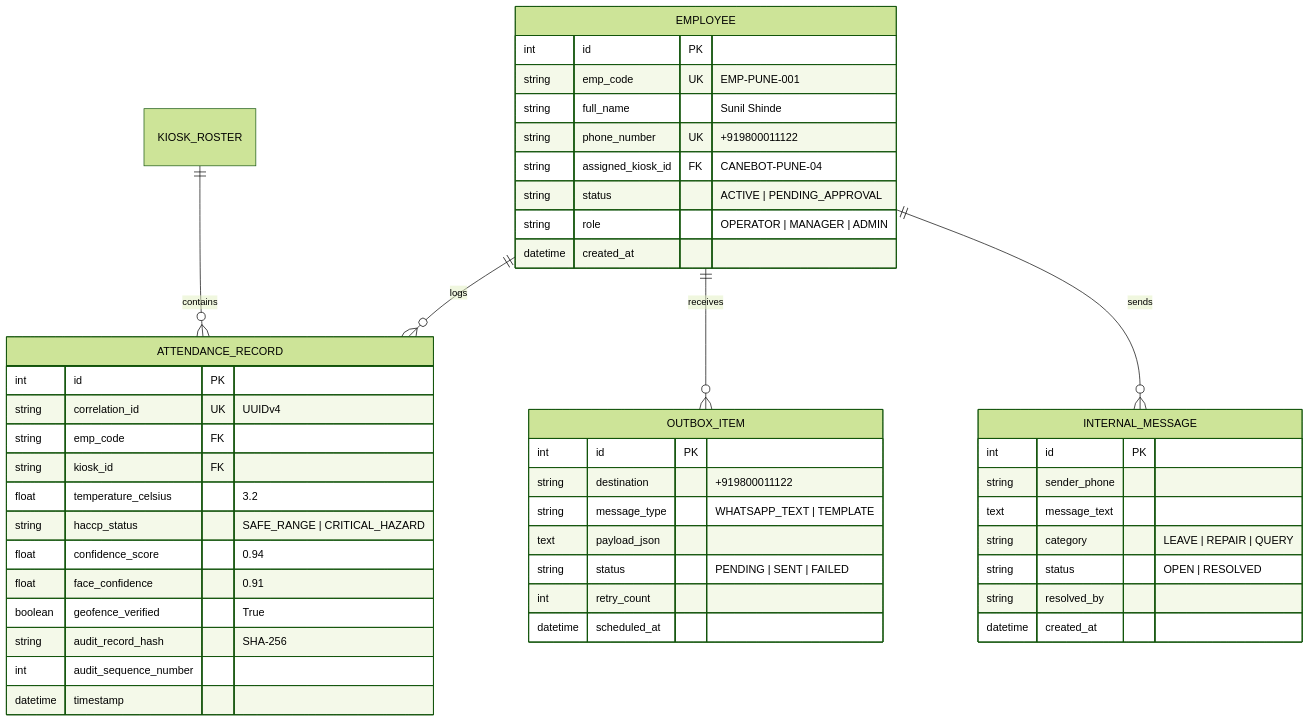
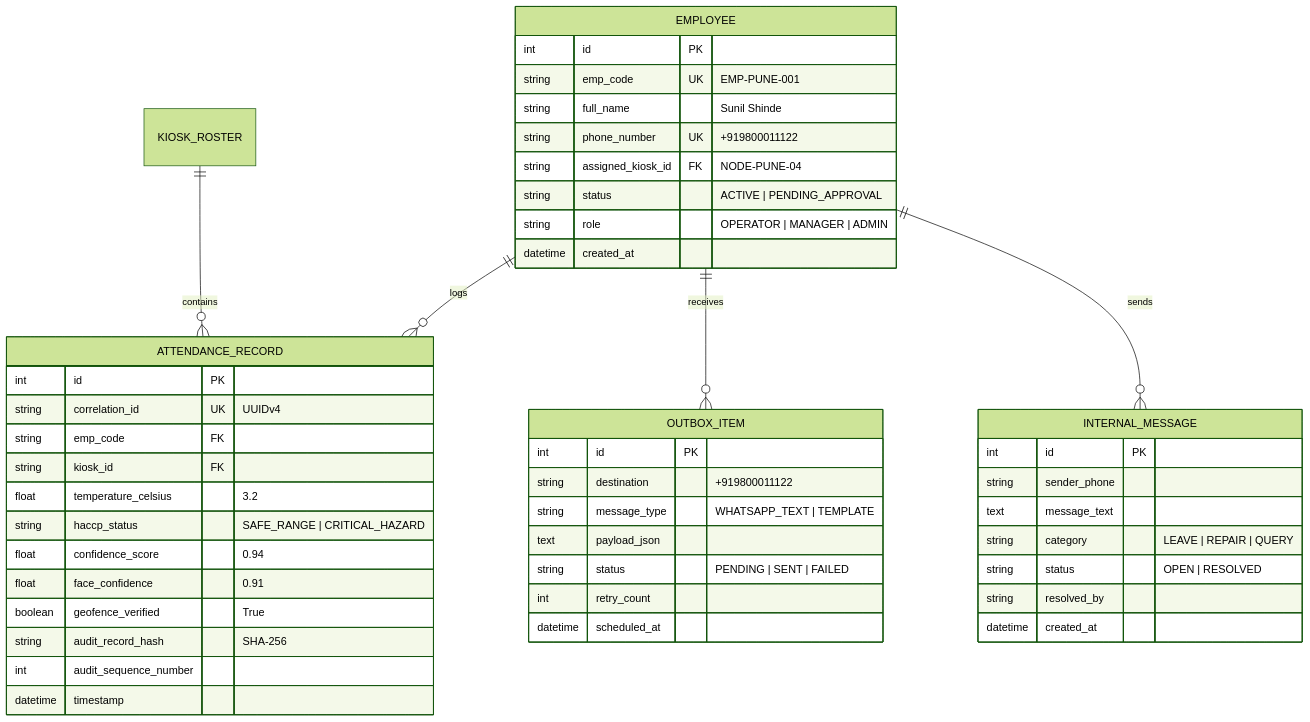
Before and after one commit to meetmahendra/Release100: the sixth of 6 diagrams in ARCHITECTURE.md, drawn with Mermaid (forest theme). The commit also changed other lines of this file and 3 other files, not shown here.

Commit message:
docs(dea): T24 architecture, manuals and ISSUE-009

````diff
--- a/ARCHITECTURE.md
+++ b/ARCHITECTURE.md
@@ -255,53 +255,53 @@
 ```mermaid
 erDiagram
     EMPLOYEE ||--o{ ATTENDANCE_RECORD : logs
     EMPLOYEE ||--o{ OUTBOX_ITEM : receives
     EMPLOYEE ||--o{ INTERNAL_MESSAGE : sends
     KIOSK_ROSTER ||--o{ ATTENDANCE_RECORD : contains
 
     EMPLOYEE {
         int id PK
         string emp_code UK "EMP-PUNE-001"
         string full_name "Sunil Shinde"
         string phone_number UK "+919800011122"
-        string assigned_kiosk_id FK "CANEBOT-PUNE-04"
+        string assigned_kiosk_id FK "NODE-PUNE-04"
         string status "ACTIVE | PENDING_APPROVAL"
         string role "OPERATOR | MANAGER | ADMIN"
         datetime created_at
     }
 
     ATTENDANCE_RECORD {
         int id PK
         string correlation_id UK "UUIDv4"
         string emp_code FK
         string kiosk_id FK
         float temperature_celsius "3.2"
         string haccp_status "SAFE_RANGE | CRITICAL_HAZARD"
         float confidence_score "0.94"
         float face_confidence "0.91"
         boolean geofence_verified "True"
         string audit_record_hash "SHA-256"
         int audit_sequence_number
         datetime timestamp
     }
 
     OUTBOX_ITEM {
         int id PK
         string destination "+919800011122"
         string message_type "WHATSAPP_TEXT | TEMPLATE"
         text payload_json
         string status "PENDING | SENT | FAILED"
         int retry_count
         datetime scheduled_at
     }
 
     INTERNAL_MESSAGE {
         int id PK
         string sender_phone
         text message_text
         string category "LEAVE | REPAIR | QUERY"
         string status "OPEN | RESOLVED"
         string resolved_by
         datetime created_at
     }
 ```
````
